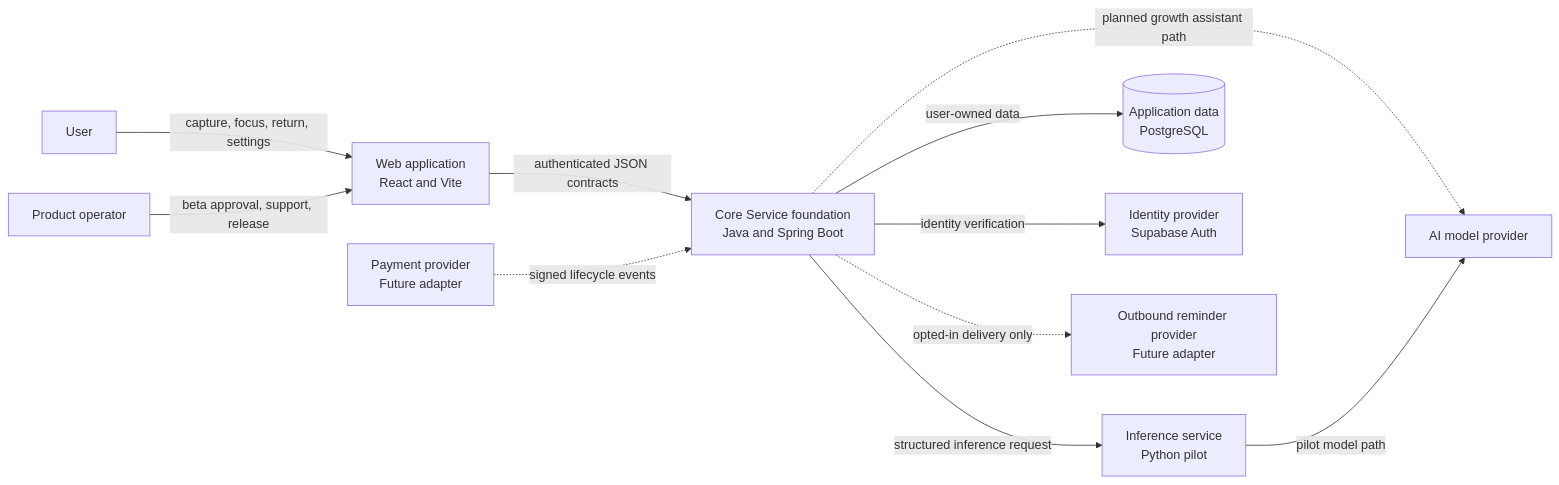
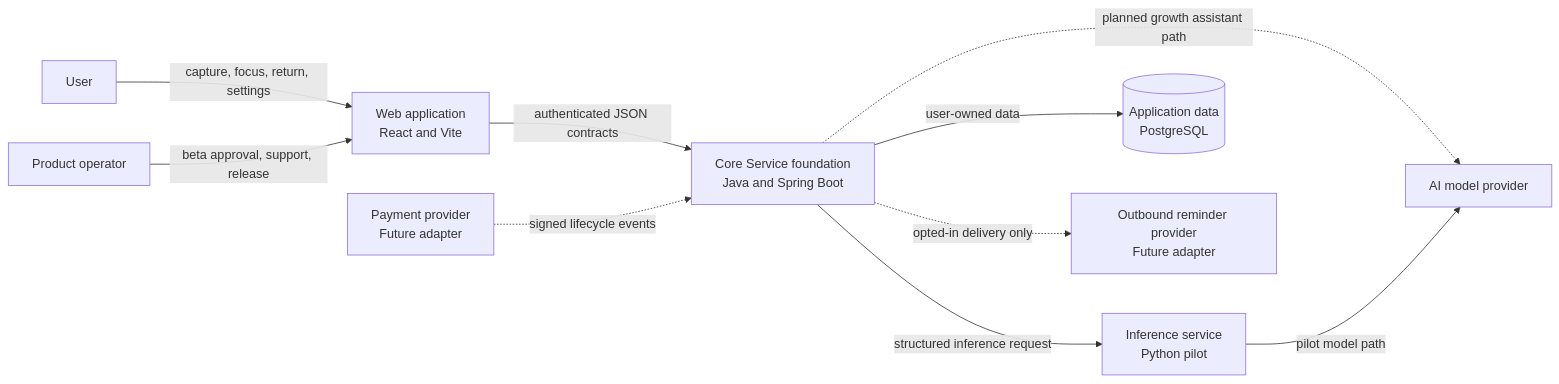
One commit to TgTrh06/project.beneath-the-pine changed the first of 5 diagrams in docs/04-engineering/system-diagrams.md. Above: the diagram before and after it, drawn with Mermaid. The commit also changed other lines of this file and 19 other files, not shown here.

Commit message:
docs: document first-party auth ADR, architecture updates, data dictionary, and deployment runbooks

````diff
--- a/docs/04-engineering/system-diagrams.md
+++ b/docs/04-engineering/system-diagrams.md
@@ -13,24 +13,22 @@
 ```mermaid
 flowchart LR
     user[User]
     operator[Product operator]
     web[Web application\nReact and Vite]
     api[Core Service foundation\nJava and Spring Boot]
     inference[Inference service\nPython pilot]
     db[(Application data\nPostgreSQL)]
-    identity[Identity provider\nSupabase Auth]
     model[AI model provider]
     payment[Payment provider\nFuture adapter]
     outbound[Outbound reminder provider\nFuture adapter]
 
     user -->|capture, focus, return, settings| web
     operator -->|beta approval, support, release| web
     web -->|authenticated JSON contracts| api
-    api -->|identity verification| identity
     api -->|user-owned data| db
     api -->|structured inference request| inference
     api -.->|planned growth assistant path| model
     inference -->|pilot model path| model
     payment -.->|signed lifecycle events| api
     api -.->|opted-in delivery only| outbound
 ```
````
